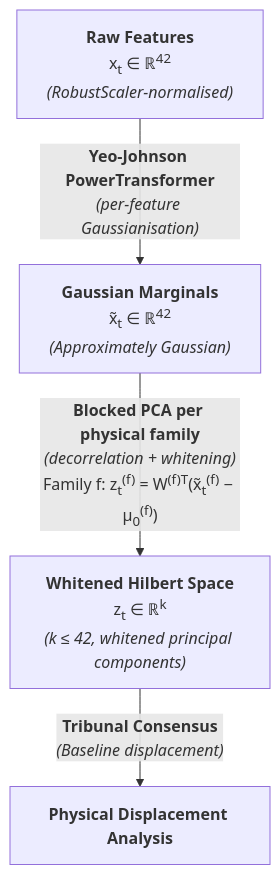
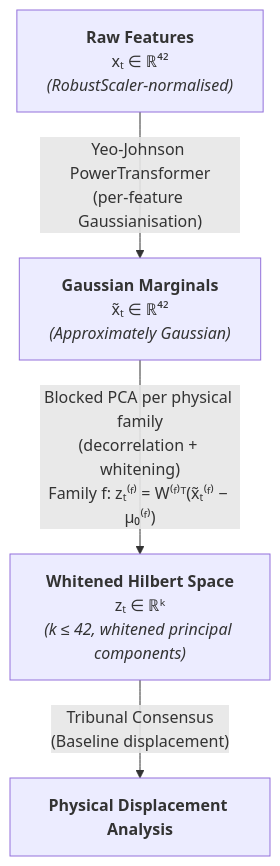
The diagram in docs/reference/hilbert_disclaimer.md (higiphysical-maker/HiGI-IDS), drawn with Mermaid before and after one commit. The commit also changed other lines of this file, not shown here.

Commit message:
Pipeline-complete

````diff
--- a/docs/reference/hilbert_disclaimer.md
+++ b/docs/reference/hilbert_disclaimer.md
@@ -14,14 +14,14 @@
 ```mermaid
 graph TD
-    A["<b>Raw Features</b><br>x<sub>t</sub> ∈ ℝ<sup>42</sup><br><i>(RobustScaler-normalised)</i>"]
+    A["<b>Raw Features</b><br>xₜ ∈ ℝ⁴²<br><i>(RobustScaler-normalised)</i>"]
     
-    A -->|"<b>Yeo-Johnson PowerTransformer</b><br><i>(per-feature Gaussianisation)</i>"| B
+    A -->|"Yeo-Johnson PowerTransformer<br>(per-feature Gaussianisation)"| B
     
-    B["<b>Gaussian Marginals</b><br>x̃<sub>t</sub> ∈ ℝ<sup>42</sup><br><i>(Approximately Gaussian)</i>"]
+    B["<b>Gaussian Marginals</b><br>x̃ₜ ∈ ℝ⁴²<br><i>(Approximately Gaussian)</i>"]
     
-    B -->|"<b>Blocked PCA per physical family</b><br><i>(decorrelation + whitening)</i><br>Family f: z<sub>t</sub><sup>(f)</sup> = W<sup>(f)T</sup>(x̃<sub>t</sub><sup>(f)</sup> − μ<sub>0</sub><sup>(f)</sup>)"| C
+    B -->|"Blocked PCA per physical family<br>(decorrelation + whitening)<br>Family f: zₜ⁽ᶠ⁾ = W⁽ᶠ⁾ᵀ(x̃ₜ⁽ᶠ⁾ − μ₀⁽ᶠ⁾)"| C
     
-    C["<b>Whitened Hilbert Space</b><br>z<sub>t</sub> ∈ ℝ<sup>k</sup><br><i>(k ≤ 42, whitened principal components)</i>"]
+    C["<b>Whitened Hilbert Space</b><br>zₜ ∈ ℝᵏ<br><i>(k ≤ 42, whitened principal components)</i>"]
     
-    C -->|"<b>Tribunal Consensus</b><br><i>(Baseline displacement)</i>"| D["<b>Physical Displacement Analysis</b>"]
+    C -->|"Tribunal Consensus<br>(Baseline displacement)"| D["<b>Physical Displacement Analysis</b>"]
 ```
````
